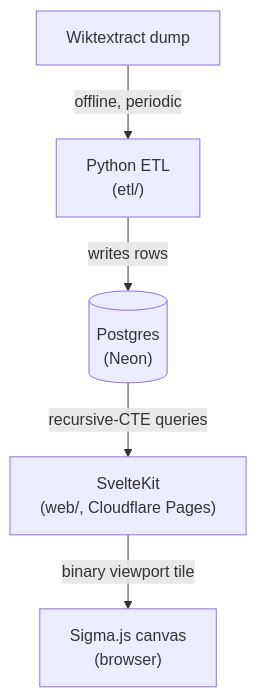
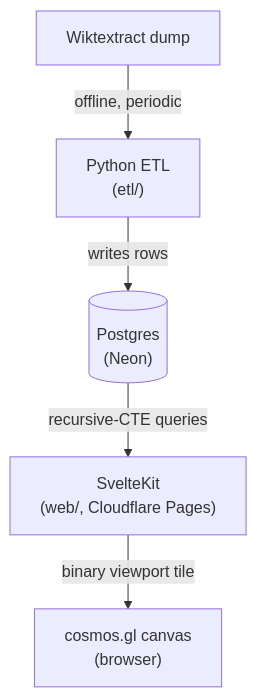
The diagram in README.md (van-riper/etymyriad), drawn with Mermaid before and after one commit. The commit also changed other lines of this file and 3 other files, not shown here.

First line of the commit message:
docs: reflect cosmos.gl in place of sigma.js

````diff
--- a/README.md
+++ b/README.md
@@ -22,7 +22,7 @@
 ```mermaid
 flowchart TD
     dump["Wiktextract dump"] -->|offline, periodic| etl["Python ETL<br/>(etl/)"]
     etl -->|writes rows| db[("Postgres<br/>(Neon)")]
     db -->|recursive-CTE queries| web["SvelteKit<br/>(web/, Cloudflare Pages)"]
-    web -->|binary viewport tile| canvas["Sigma.js canvas<br/>(browser)"]
+    web -->|binary viewport tile| canvas["cosmos.gl canvas<br/>(browser)"]
 ```
````
